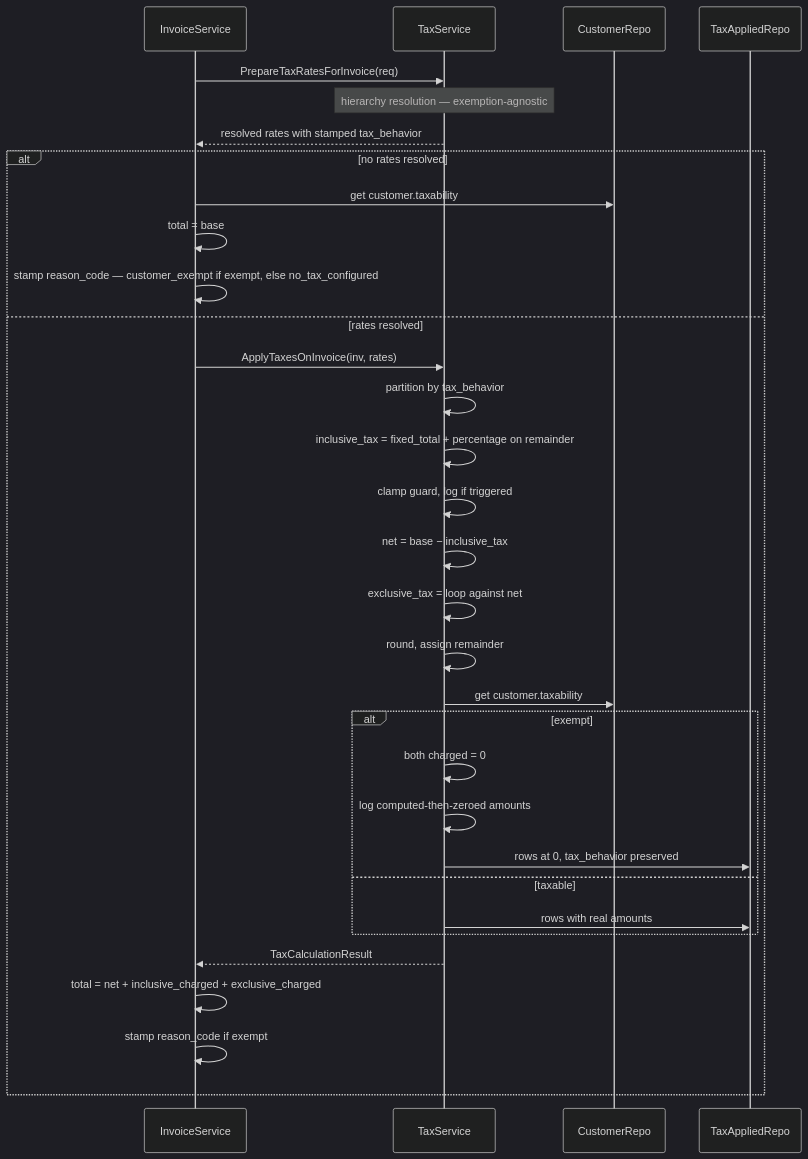
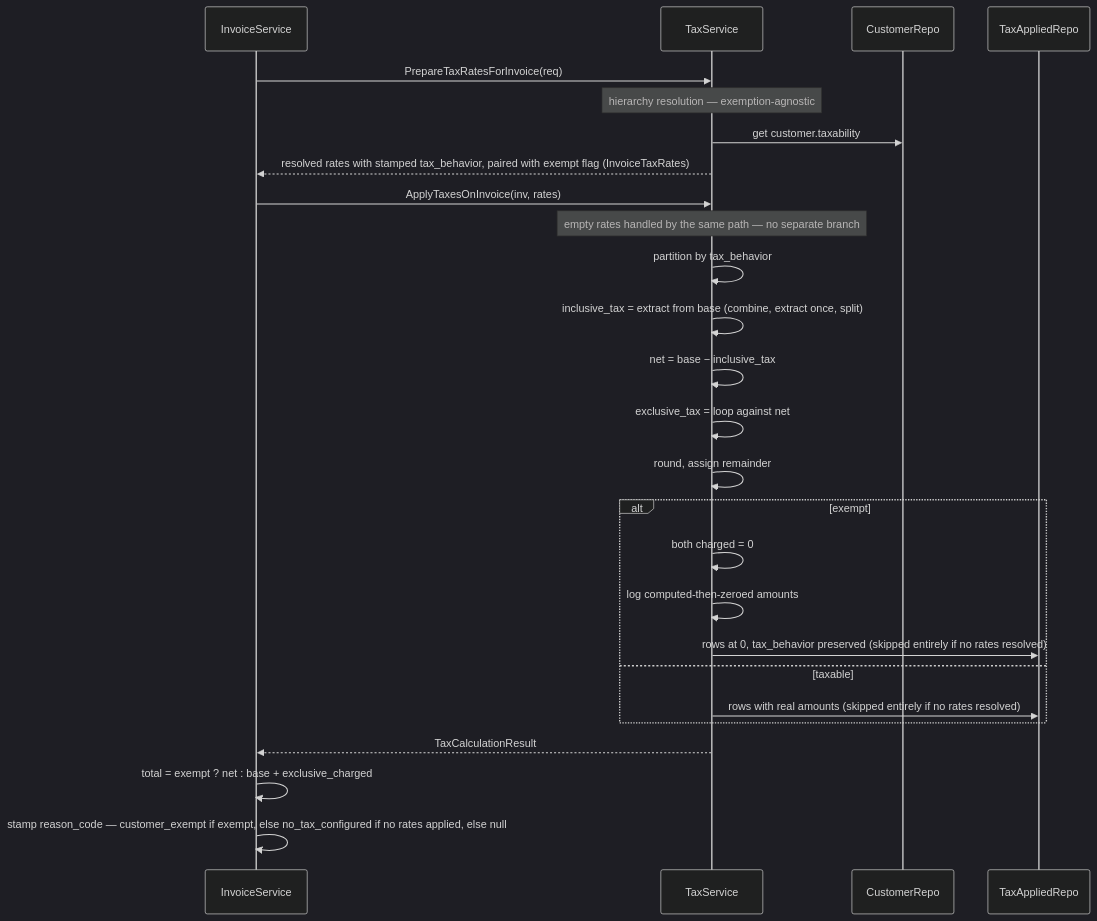
The fourth of 4 diagrams in docs/design/2026-08-17-FLE-1187-taxation-lineitem-inclusive.md (subratsahilgupta/flexprice), drawn with Mermaid (dark theme) before and after one commit. The commit also changed other lines of this file and 57 other files, not shown here.

Commit message:
feat(taxation): add support for inc/exc taxation and tax exemption at invoice level

````diff
--- a/docs/design/2026-08-17-FLE-1187-taxation-lineitem-inclusive.md
+++ b/docs/design/2026-08-17-FLE-1187-taxation-lineitem-inclusive.md
@@ -539,38 +548,32 @@
 ```mermaid
 sequenceDiagram
     participant IS as InvoiceService
     participant TS as TaxService
     participant CR as CustomerRepo
     participant TA as TaxAppliedRepo
 
     IS->>TS: PrepareTaxRatesForInvoice(req)
     Note over TS: hierarchy resolution — exemption-agnostic
-    TS-->>IS: resolved rates with stamped tax_behavior
+    TS->>CR: get customer.taxability
+    TS-->>IS: resolved rates with stamped tax_behavior, paired with exempt flag (InvoiceTaxRates)
 
-    alt no rates resolved
-        IS->>CR: get customer.taxability
-        IS->>IS: total = base
-        IS->>IS: stamp reason_code — customer_exempt if exempt, else no_tax_configured
-    else rates resolved
-        IS->>TS: ApplyTaxesOnInvoice(inv, rates)
-        TS->>TS: partition by tax_behavior
-        TS->>TS: inclusive_tax = fixed_total + percentage on remainder
-        TS->>TS: clamp guard, log if triggered
-        TS->>TS: net = base − inclusive_tax
-        TS->>TS: exclusive_tax = loop against net
-        TS->>TS: round, assign remainder
+    IS->>TS: ApplyTaxesOnInvoice(inv, rates)
+    Note over TS: empty rates handled by the same path — no separate branch
+    TS->>TS: partition by tax_behavior
+    TS->>TS: inclusive_tax = extract from base (combine, extract once, split)
+    TS->>TS: net = base − inclusive_tax
+    TS->>TS: exclusive_tax = loop against net
+    TS->>TS: round, assign remainder
 
-        TS->>CR: get customer.taxability
-        alt exempt
-            TS->>TS: both charged = 0
-            TS->>TS: log computed-then-zeroed amounts
-            TS->>TA: rows at 0, tax_behavior preserved
-        else taxable
-            TS->>TA: rows with real amounts
-        end
+    alt exempt
+        TS->>TS: both charged = 0
+        TS->>TS: log computed-then-zeroed amounts
+        TS->>TA: rows at 0, tax_behavior preserved (skipped entirely if no rates resolved)
+    else taxable
+        TS->>TA: rows with real amounts (skipped entirely if no rates resolved)
+    end
 
-        TS-->>IS: TaxCalculationResult
-        IS->>IS: total = net + inclusive_charged + exclusive_charged
-        IS->>IS: stamp reason_code if exempt
-    end
+    TS-->>IS: TaxCalculationResult
+    IS->>IS: total = exempt ? net : base + exclusive_charged
+    IS->>IS: stamp reason_code — customer_exempt if exempt, else no_tax_configured if no rates applied, else null
 ```
````
